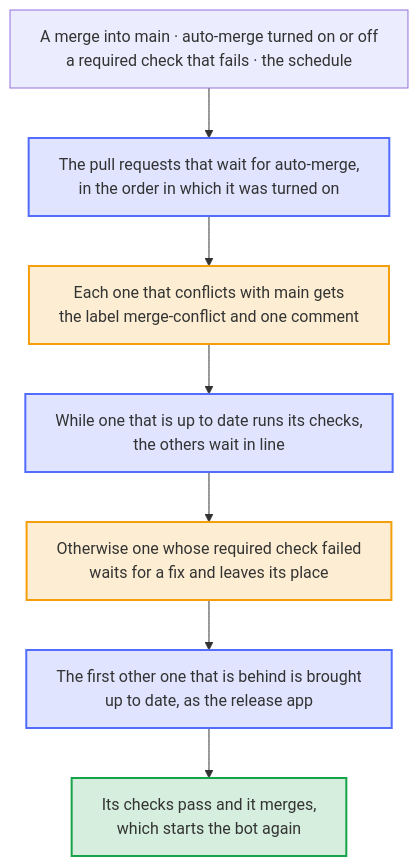
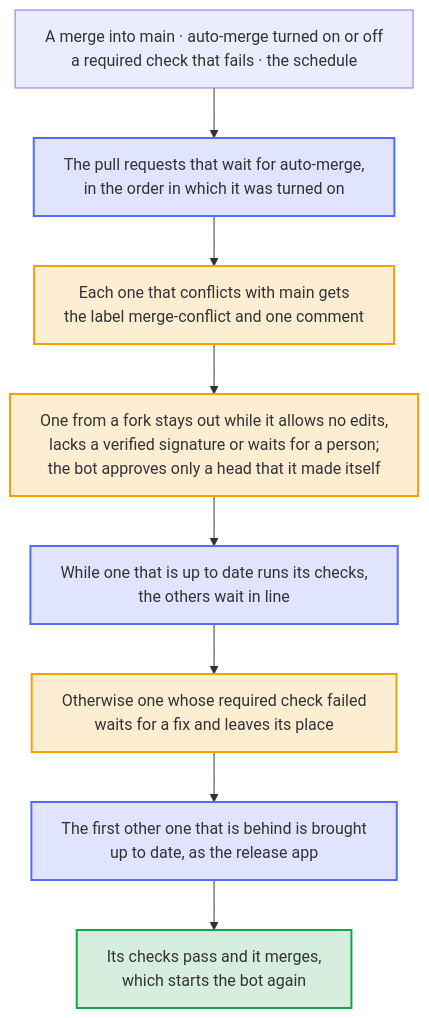
The diagram in docs/diagrams/the-line-of-the-branch-bot.mmd (Dennis-Otto/repo-blueprint), drawn with Mermaid before and after one commit. The commit also changed 23 other files, not shown here.

```diff
--- a/docs/diagrams/the-line-of-the-branch-bot.mmd
+++ b/docs/diagrams/the-line-of-the-branch-bot.mmd
@@ -1,30 +1,32 @@
 ---
 config:
   flowchart:
     wrappingWidth: 400
 ---
 flowchart TB
     accTitle: The line of the branch bot
-    accDescr: A merge into main, auto-merge turned on or off, or a required check of a pull request that fails starts the branch bot. It takes the pull requests that wait for auto-merge in the order in which it was turned on. One that conflicts with main gets the label merge-conflict and one comment. While the checks of one that is up to date run, the others wait in line. Otherwise one whose required check failed waits for a fix, and the bot brings the first other one that is behind up to date, as the release app. Its checks run, and once they pass it merges, which starts the bot again for the next one.
+    accDescr: A merge into main, auto-merge turned on or off, or a required check of a pull request that fails starts the branch bot. It takes the pull requests that wait for auto-merge in the order in which it was turned on. One that conflicts with main gets the label merge-conflict and one comment. One from a fork stays out of the line while its author allows no edits by maintainers, a commit of it has no verified signature, or its runs wait for a person; the bot approves them only for a head that it made itself on top of commits that a person approved. While the checks of one that is up to date run, the others wait in line. Otherwise one whose required check failed waits for a fix, and the bot brings the first other one that is behind up to date, as the release app. Its checks run, and once they pass it merges, which starts the bot again for the next one.
 
     start["A merge into main · auto-merge turned on or off<br>a required check that fails · the schedule"]
     line["The pull requests that wait for auto-merge,<br>in the order in which it was turned on"]
     conflict["Each one that conflicts with main gets<br>the label merge-conflict and one comment"]
+    fork["One from a fork stays out while it allows no edits,<br>lacks a verified signature or waits for a person;<br>the bot approves only a head that it made itself"]
     flight["While one that is up to date runs its checks,<br>the others wait in line"]
     failed["Otherwise one whose required check failed<br>waits for a fix and leaves its place"]
     update["The first other one that is behind is brought<br>up to date, as the release app"]
     merge["Its checks pass and it merges,<br>which starts the bot again"]
 
     start --> line
     line --> conflict
-    conflict --> flight
+    conflict --> fork
+    fork --> flight
     flight --> failed
     failed --> update
     update --> merge
 
     classDef bot fill:#526cfe2e,stroke:#526cfe,stroke-width:2px
     classDef person fill:#f59e0b2e,stroke:#f59e0b,stroke-width:2px
     classDef done fill:#16a34a2e,stroke:#16a34a,stroke-width:2px
     class line,flight,update bot
-    class conflict,failed person
+    class conflict,fork,failed person
     class merge done
```
